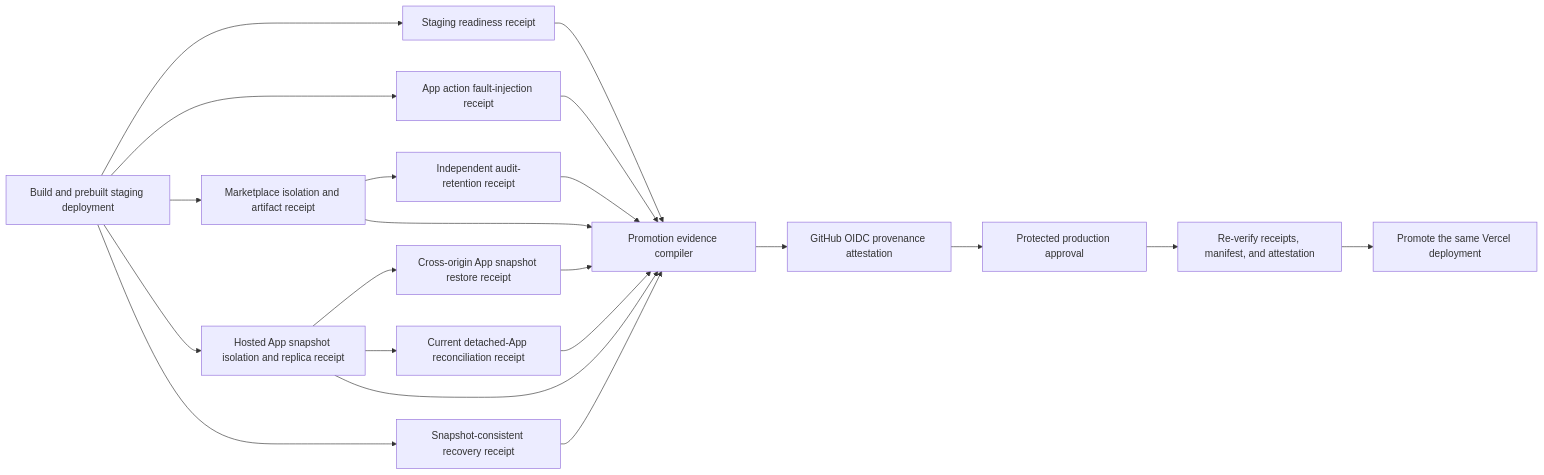
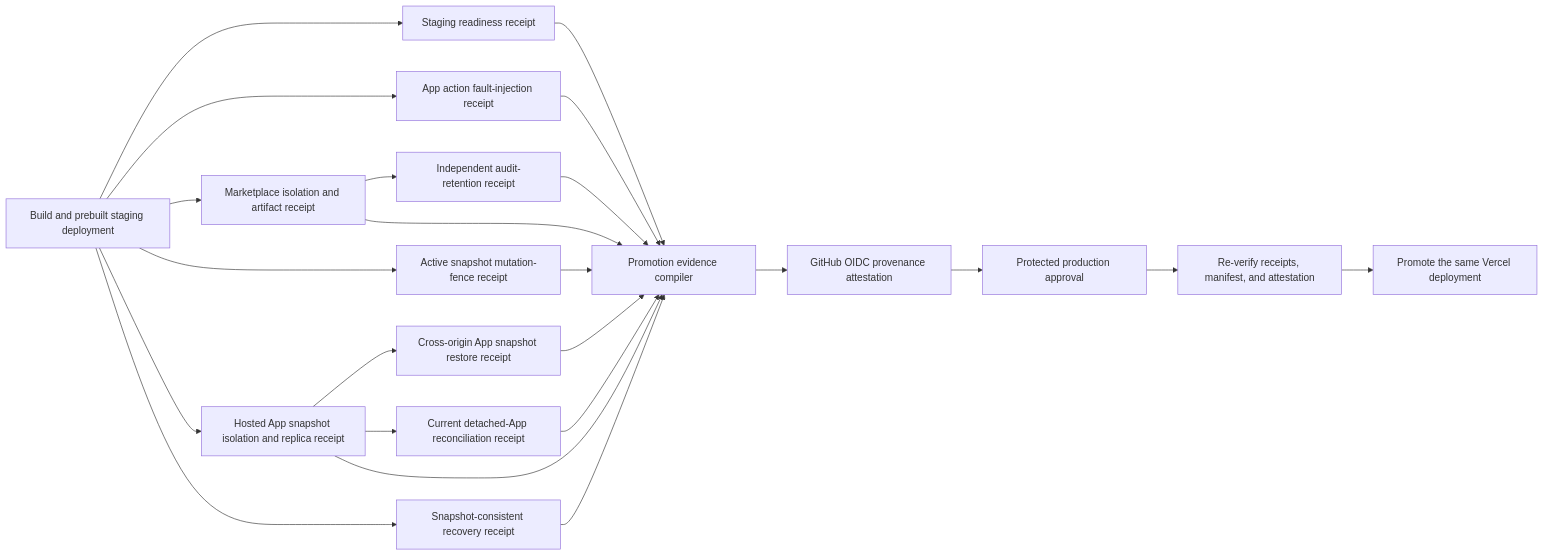
One commit to mrrkrieg/loopgraph changed the diagram in docs/PRODUCTION-PROMOTION-EVIDENCE.md. Above: the diagram before and after it, drawn with Mermaid. The commit also changed other lines of this file and 7 other files, not shown here.

Commit message:
Bind active snapshot probe to promotion evidence

````diff
--- a/docs/PRODUCTION-PROMOTION-EVIDENCE.md
+++ b/docs/PRODUCTION-PROMOTION-EVIDENCE.md
@@ -8,23 +8,25 @@
 ```mermaid
 flowchart LR
   V["Build and prebuilt staging deployment"] --> S["Staging readiness receipt"]
   V --> F["App action fault-injection receipt"]
   V --> M["Marketplace isolation and artifact receipt"]
+  V --> Q["Active snapshot mutation-fence receipt"]
   V --> H["Hosted App snapshot isolation and replica receipt"]
   H --> B["Cross-origin App snapshot restore receipt"]
   H --> C["Current detached-App reconciliation receipt"]
   V --> R["Snapshot-consistent recovery receipt"]
   M --> A["Independent audit-retention receipt"]
   S --> E["Promotion evidence compiler"]
   F --> E
   M --> E
+  Q --> E
   H --> E
   B --> E
   C --> E
   R --> E
   A --> E
   E --> T["GitHub OIDC provenance attestation"]
   T --> P["Protected production approval"]
   P --> X["Re-verify receipts, manifest, and attestation"]
   X --> Y["Promote the same Vercel deployment"]
 ```
````
